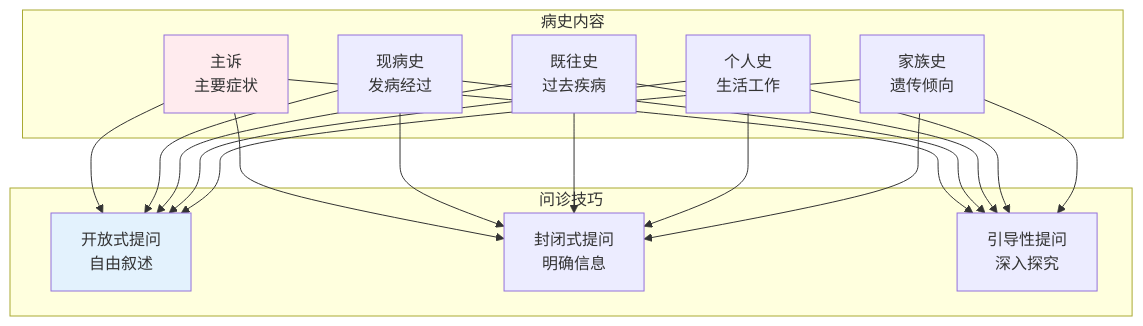
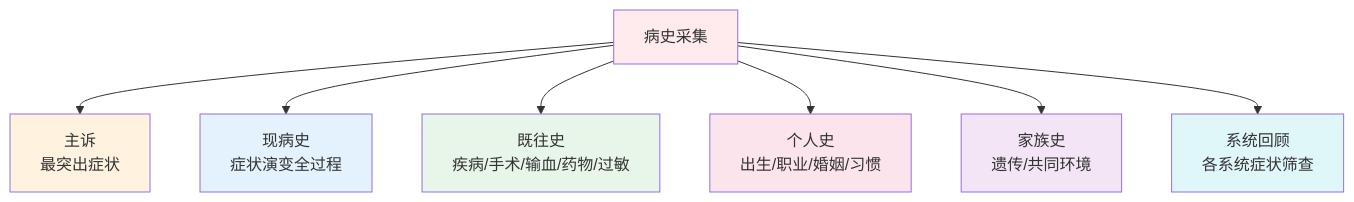
Before and after one commit to wxyClark/wxyClark.github.io: the second of 4 diagrams in content/health/clinical-medicine/index.md, drawn with Mermaid. The commit also changed other lines of this file and 11 other files, not shown here.

````diff
--- a/content/health/clinical-medicine/index.md
+++ b/content/health/clinical-medicine/index.md
@@ -46,20 +78,17 @@
 ```mermaid
-graph TB
-    subgraph 病史内容
-        A1[主诉<br/>主要症状]
-        A2[现病史<br/>发病经过]
-        A3[既往史<br/>过去疾病]
-        A4[个人史<br/>生活工作]
-        A5[家族史<br/>遗传倾向]
-    end    
-    subgraph 问诊技巧
-        B1[开放式提问<br/>自由叙述]
-        B2[封闭式提问<br/>明确信息]
-        B3[引导性提问<br/>深入探究]
-    end
+flowchart TB
+    A[病史采集] --> B[主诉<br/>最突出症状]
+    A --> C[现病史<br/>症状演变全过程]
+    A --> D[既往史<br/>疾病/手术/输血/药物/过敏]
+    A --> E[个人史<br/>出生/职业/婚姻/习惯]
+    A --> F[家族史<br/>遗传/共同环境]
+    A --> G[系统回顾<br/>各系统症状筛查]
     
-    A1 & A2 & A3 & A4 & A5 --> B1 & B2 & B3
-    
-    style A1 fill:#ffebee
-    style B1 fill:#e3f2fd
+    style A fill:#ffebee
+    style B fill:#fff3e0
+    style C fill:#e3f2fd
+    style D fill:#e8f5e9
+    style E fill:#fce4ec
+    style F fill:#f3e5f5
+    style G fill:#e0f7fa
 ```
````
